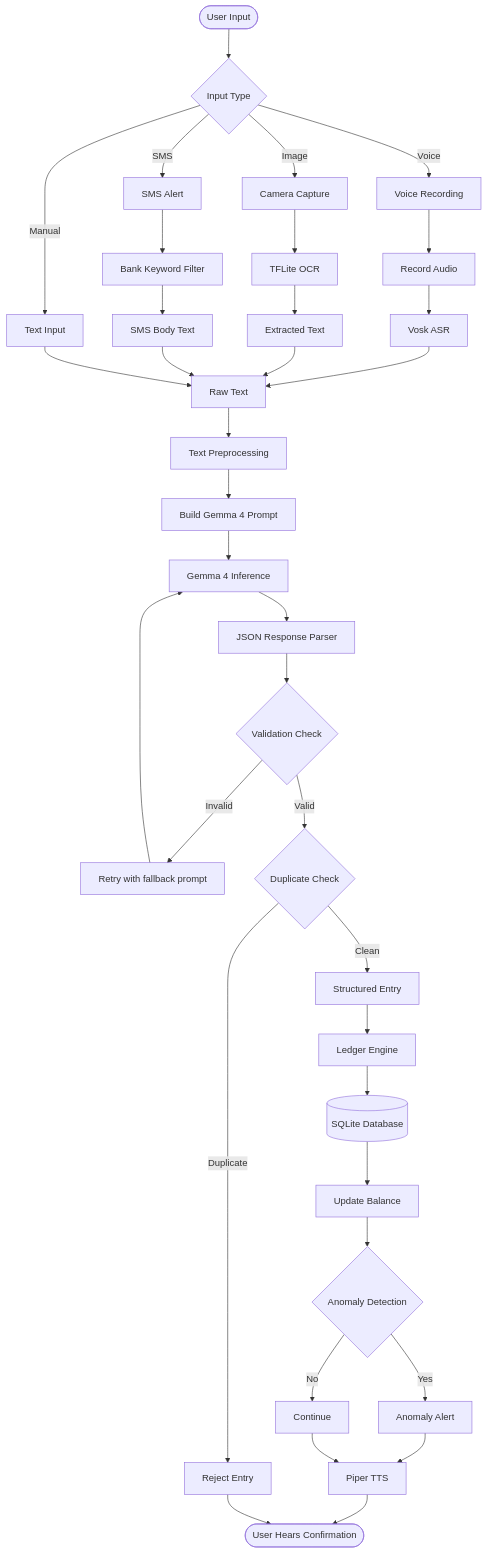
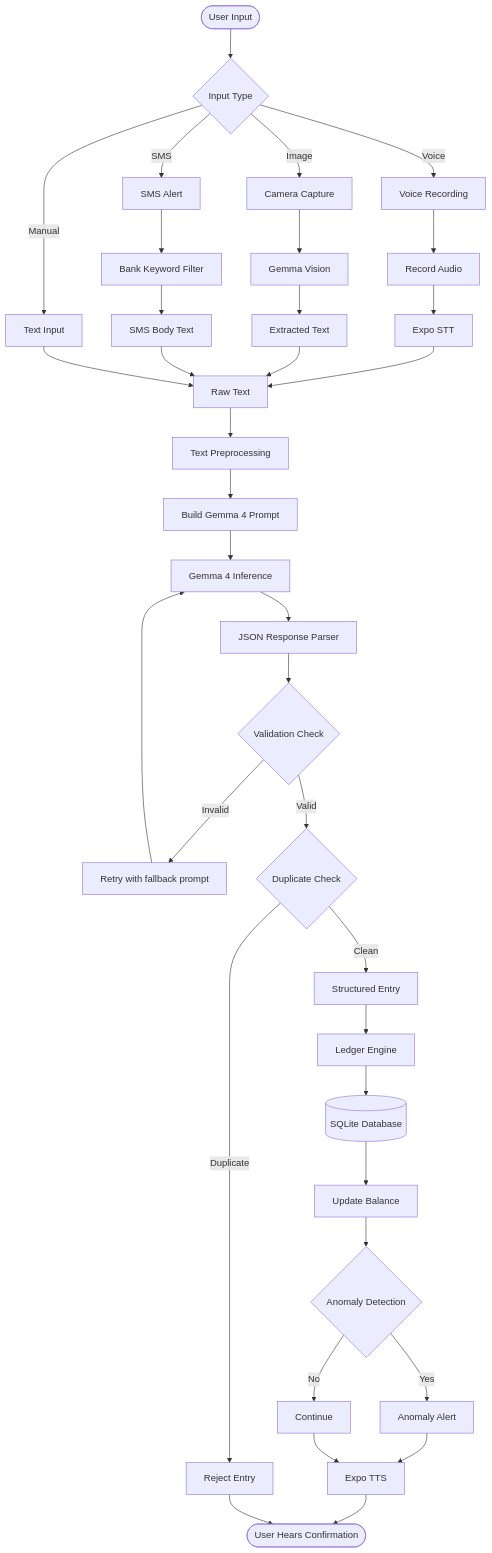
Before and after one commit to relativity-codes/Ledger: the first of 10 diagrams in project-docs/ledger-aI-workflow-mermaid-diagrams.md, drawn with Mermaid. The commit also changed other lines of this file and 4 other files, not shown here.

````diff
--- a/project-docs/ledger-aI-workflow-mermaid-diagrams.md
+++ b/project-docs/ledger-aI-workflow-mermaid-diagrams.md
@@ -9,69 +9,69 @@
 ```mermaid
 flowchart TD
 
     Start([User Input]) --> InputType{Input Type}
 
     InputType -->|Voice| Voice[Voice Recording]
     InputType -->|Image| Image[Camera Capture]
     InputType -->|SMS| SMS[SMS Alert]
     InputType -->|Manual| Manual[Text Input]
 
     %% Voice Path
     Voice --> Record["Record Audio"]
-    Record --> ASR["Vosk ASR"]
+    Record --> ASR["Expo STT"]
     ASR --> Text["Raw Text"]
 
     %% Image Path
-    Image --> OCR["TFLite OCR"]
+    Image --> OCR["Gemma Vision"]
     OCR --> ImageText["Extracted Text"]
     ImageText --> Text
 
     %% SMS Path
     SMS --> SMSFilter["Bank Keyword Filter"]
     SMSFilter --> SMSRaw["SMS Body Text"]
     SMSRaw --> Text
 
     %% Manual Path
     Manual --> Text
 
     %% Common Processing
     Text --> Preprocess["Text Preprocessing"]
 
     Preprocess --> GemmaPrompt["Build Gemma 4 Prompt"]
 
     GemmaPrompt --> GemmaInference["Gemma 4 Inference"]
 
     GemmaInference --> ParseJSON["JSON Response Parser"]
 
     ParseJSON --> Validation{Validation Check}
 
     Validation -->|Invalid| Retry["Retry with fallback prompt"]
 
     Retry --> GemmaInference
 
     Validation -->|Valid| DuplicateCheck{"Duplicate Check"}
 
     DuplicateCheck -->|Duplicate| Reject["Reject Entry"]
 
     DuplicateCheck -->|Clean| Structured["Structured Entry"]
 
     Structured --> LedgerEngine["Ledger Engine"]
 
     LedgerEngine --> DB[(SQLite Database)]
 
     DB --> UpdateBalance["Update Balance"]
 
     UpdateBalance --> AnomalyCheck{"Anomaly Detection"}
 
     AnomalyCheck -->|Yes| AnomalyAlert["Anomaly Alert"]
 
     AnomalyCheck -->|No| Continue["Continue"]
 
     AnomalyAlert --> TTS
 
-    Continue --> TTS["Piper TTS"]
+    Continue --> TTS["Expo TTS"]
 
     TTS --> End([User Hears Confirmation])
 
     Reject --> End
 ```
````
